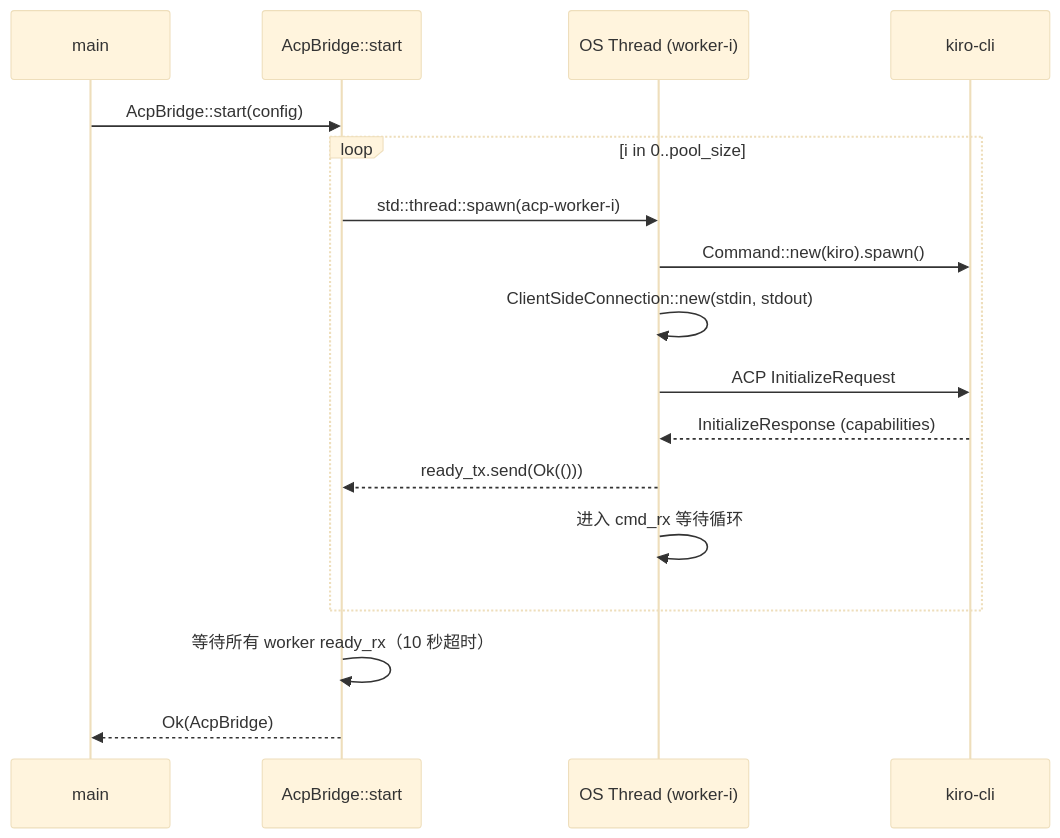
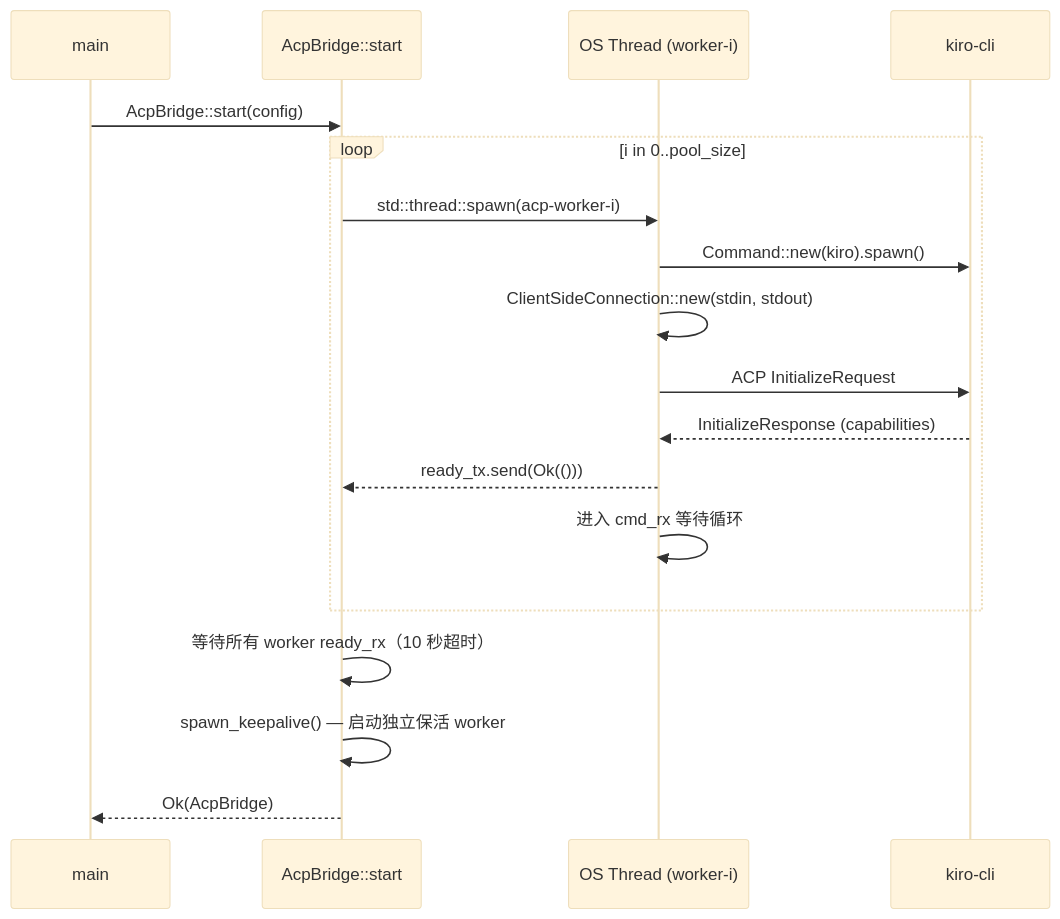
One commit to xufanglin/acp-link changed the fifth of 5 diagrams in docs/acp-bridge.md. Above: the diagram before and after it, drawn with Mermaid (base theme). The commit also changed other lines of this file and 14 other files, not shown here.

````diff
--- a/docs/acp-bridge.md
+++ b/docs/acp-bridge.md
@@ -229,20 +267,21 @@
 ```mermaid
 sequenceDiagram
     participant M as main
     participant B as AcpBridge::start
     participant T as OS Thread (worker-i)
     participant K as kiro-cli
 
     M->>B: AcpBridge::start(config)
     loop i in 0..pool_size
         B->>T: std::thread::spawn(acp-worker-i)
         T->>K: Command::new(kiro).spawn()
         T->>T: ClientSideConnection::new(stdin, stdout)
         T->>K: ACP InitializeRequest
         K-->>T: InitializeResponse (capabilities)
         T-->>B: ready_tx.send(Ok(()))
         T->>T: 进入 cmd_rx 等待循环
     end
     B->>B: 等待所有 worker ready_rx（10 秒超时）
+    B->>B: spawn_keepalive() — 启动独立保活 worker
     B-->>M: Ok(AcpBridge)
 ```
````
